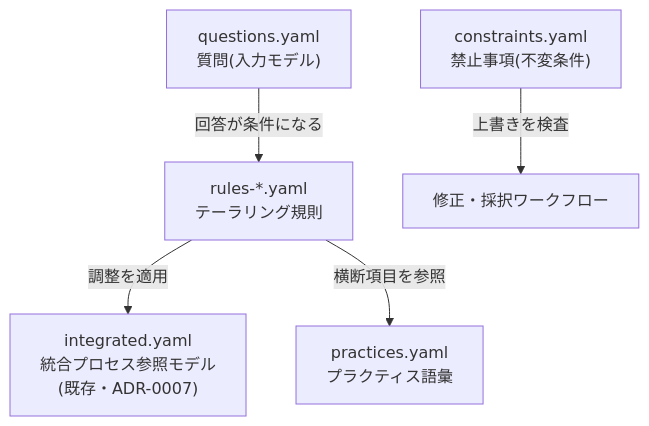
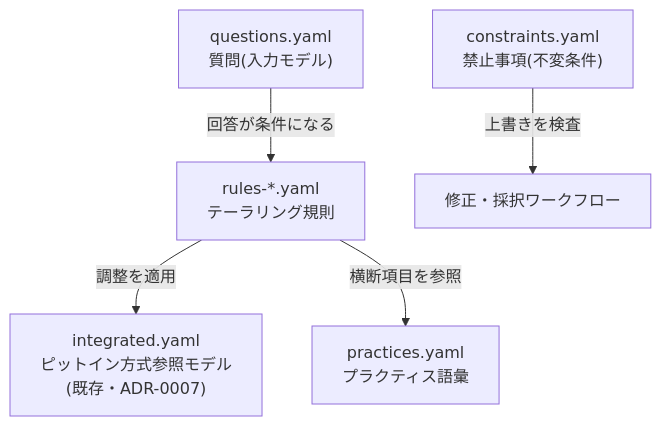
One commit to Takenori-Kusaka/process-compass changed the diagram in src/content/docs/tool/knowledge-base-schema.md. Above: the diagram before and after it, drawn with Mermaid. The commit also changed other lines of this file and 41 other files, not shown here.

````diff
--- a/src/content/docs/tool/knowledge-base-schema.md
+++ b/src/content/docs/tool/knowledge-base-schema.md
@@ -14,7 +14,7 @@
 ```mermaid
 graph TD
   Q["questions.yaml<br>質問(入力モデル)"] -->|回答が条件になる| R["rules-*.yaml<br>テーラリング規則"]
-  R -->|調整を適用| P["integrated.yaml<br>統合プロセス参照モデル<br>(既存・ADR-0007)"]
+  R -->|調整を適用| P["integrated.yaml<br>ピットイン方式参照モデル<br>(既存・ADR-0007)"]
   R -->|横断項目を参照| PR["practices.yaml<br>プラクティス語彙"]
   C["constraints.yaml<br>禁止事項(不変条件)"] -->|上書きを検査| W["修正・採択ワークフロー"]
 ```
````
